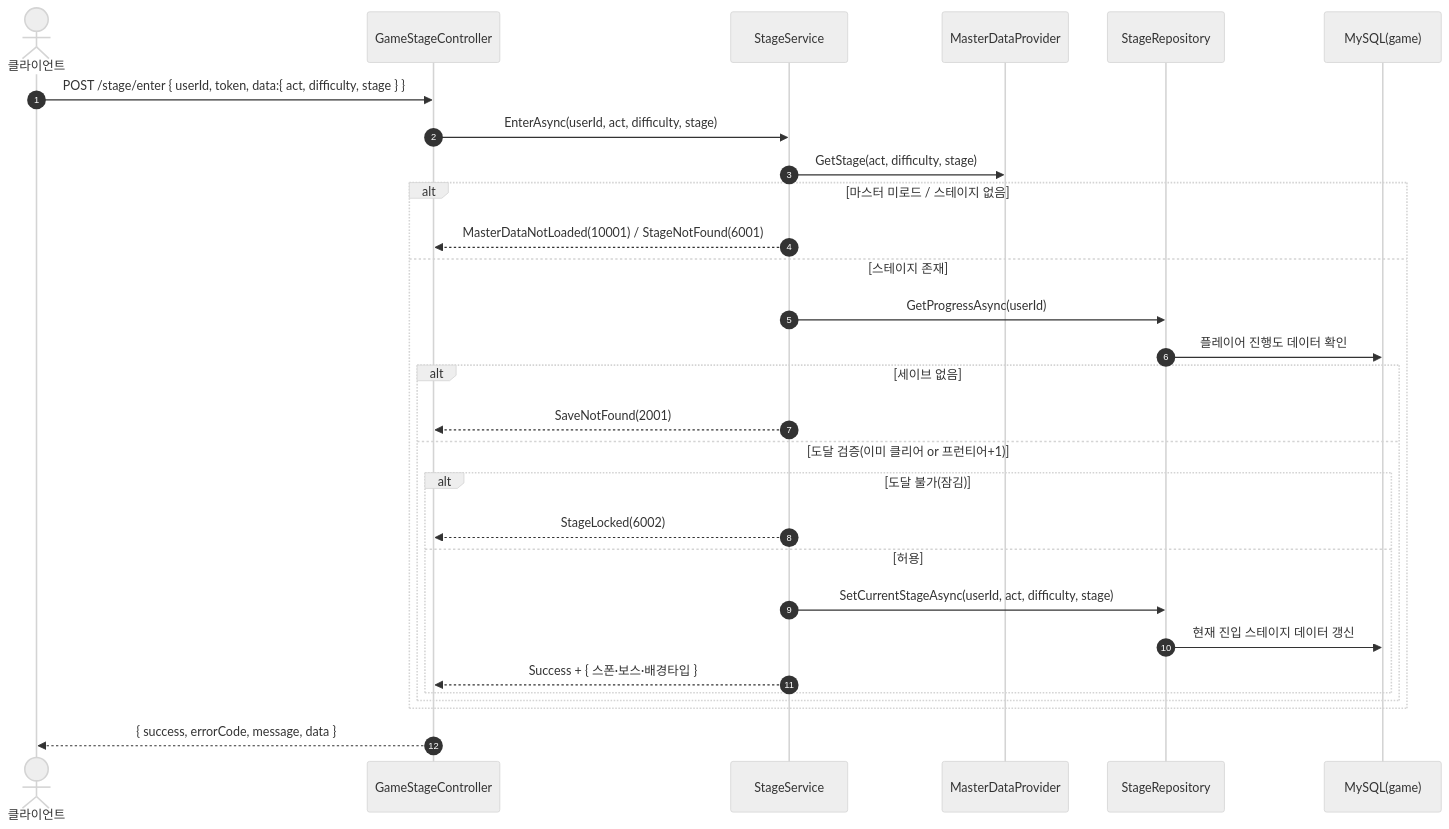
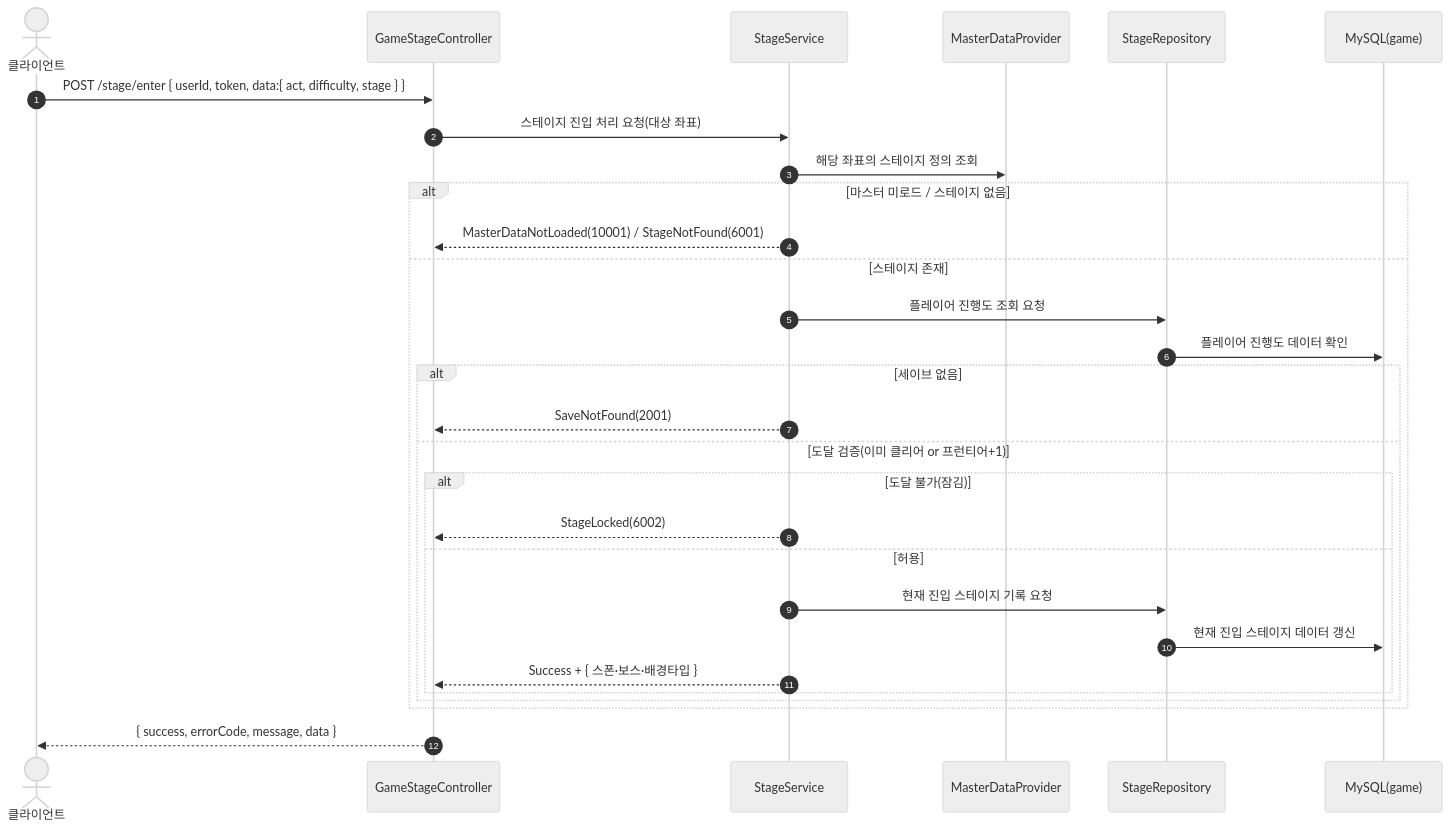
The first of 2 diagrams in SequenceDiagram/GameStageController.md (ks-wook/com2us-taskbar-hero), drawn with Mermaid (neutral theme) before and after one commit. The commit also changed other lines of this file and 7 other files, not shown here.

Commit message:
시퀀스 다이어그램 수정

````diff
--- a/SequenceDiagram/GameStageController.md
+++ b/SequenceDiagram/GameStageController.md
@@ -9,32 +9,32 @@
 ```mermaid
 sequenceDiagram
     autonumber
     actor C as 클라이언트
     participant Ctrl as GameStageController
     participant Svc as StageService
     participant MD as MasterDataProvider
     participant Repo as StageRepository
     participant DB as MySQL(game)
 
     C->>Ctrl: POST /stage/enter { userId, token, data:{ act, difficulty, stage } }
-    Ctrl->>Svc: EnterAsync(userId, act, difficulty, stage)
-    Svc->>MD: GetStage(act, difficulty, stage)
+    Ctrl->>Svc: 스테이지 진입 처리 요청(대상 좌표)
+    Svc->>MD: 해당 좌표의 스테이지 정의 조회
     alt 마스터 미로드 / 스테이지 없음
         Svc-->>Ctrl: MasterDataNotLoaded(10001) / StageNotFound(6001)
     else 스테이지 존재
-        Svc->>Repo: GetProgressAsync(userId)
+        Svc->>Repo: 플레이어 진행도 조회 요청
         Repo->>DB: 플레이어 진행도 데이터 확인
         alt 세이브 없음
             Svc-->>Ctrl: SaveNotFound(2001)
         else 도달 검증(이미 클리어 or 프런티어+1)
             alt 도달 불가(잠김)
                 Svc-->>Ctrl: StageLocked(6002)
             else 허용
-                Svc->>Repo: SetCurrentStageAsync(userId, act, difficulty, stage)
+                Svc->>Repo: 현재 진입 스테이지 기록 요청
                 Repo->>DB: 현재 진입 스테이지 데이터 갱신
                 Svc-->>Ctrl: Success + { 스폰·보스·배경타입 }
             end
         end
     end
     Ctrl-->>C: { success, errorCode, message, data }
 ```
````
